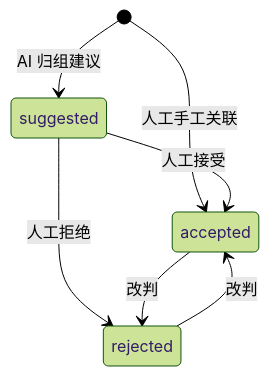
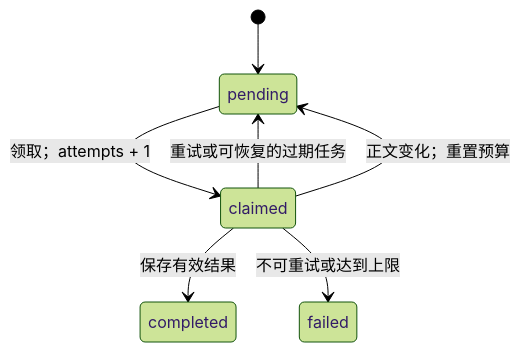
One commit to Fei-stack-wq/maie6000c-PRI changed the sixth of 6 diagrams in docs/architecture.md. Above: the diagram before and after it, drawn with Mermaid (forest theme). The commit also changed other lines of this file and 41 other files, not shown here.

````diff
--- a/docs/architecture.md
+++ b/docs/architecture.md
@@ -338,9 +226,9 @@
 ```mermaid
 stateDiagram-v2
-    [*] --> suggested: AI 归组建议
-    [*] --> accepted: 人工手工关联
-    suggested --> accepted: 人工接受
-    suggested --> rejected: 人工拒绝
-    accepted --> rejected: 改判
-    rejected --> accepted: 改判
+    [*] --> pending
+    pending --> claimed: 领取；attempts + 1
+    claimed --> completed: 保存有效结果
+    claimed --> pending: 重试或可恢复的过期任务
+    claimed --> failed: 不可重试或达到上限
+    claimed --> pending: 正文变化；重置预算
 ```
````
